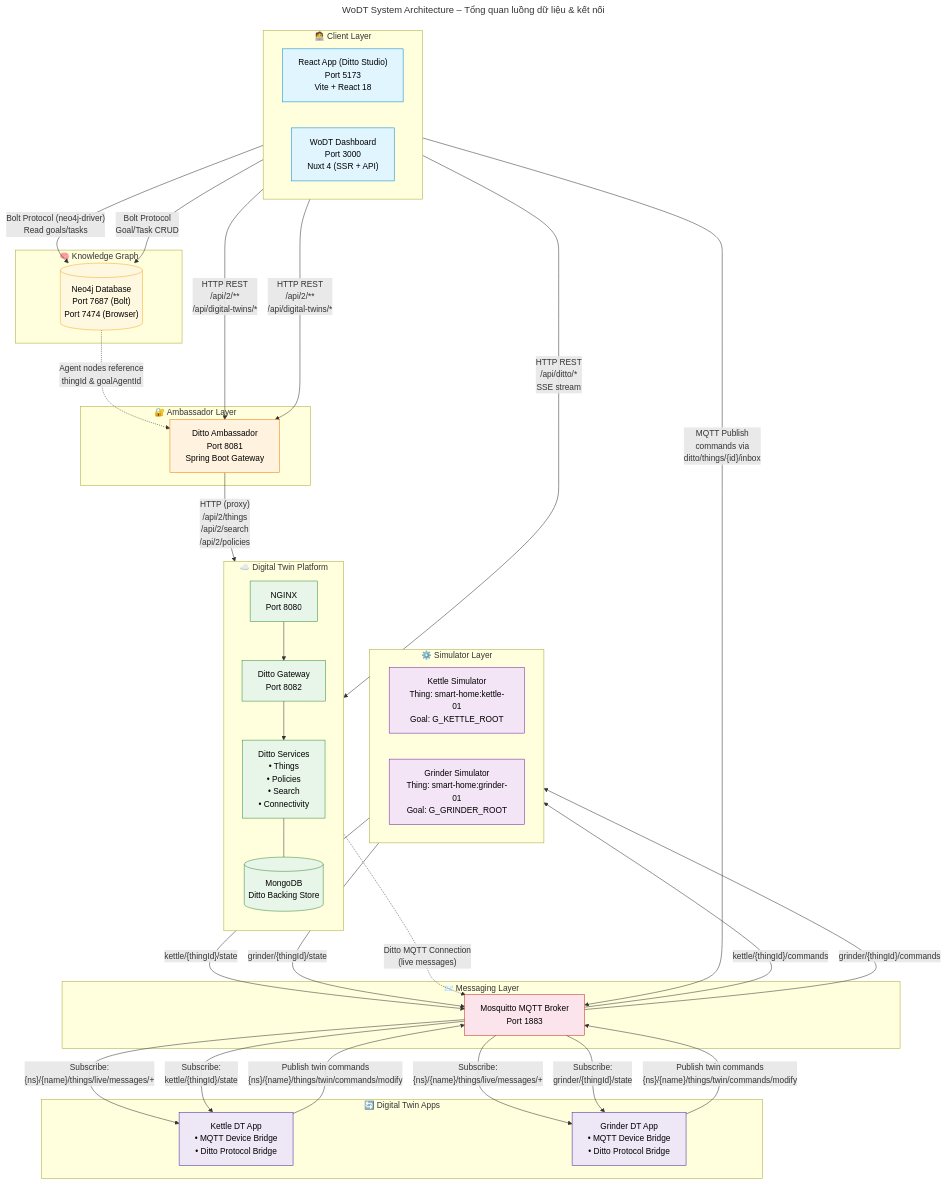
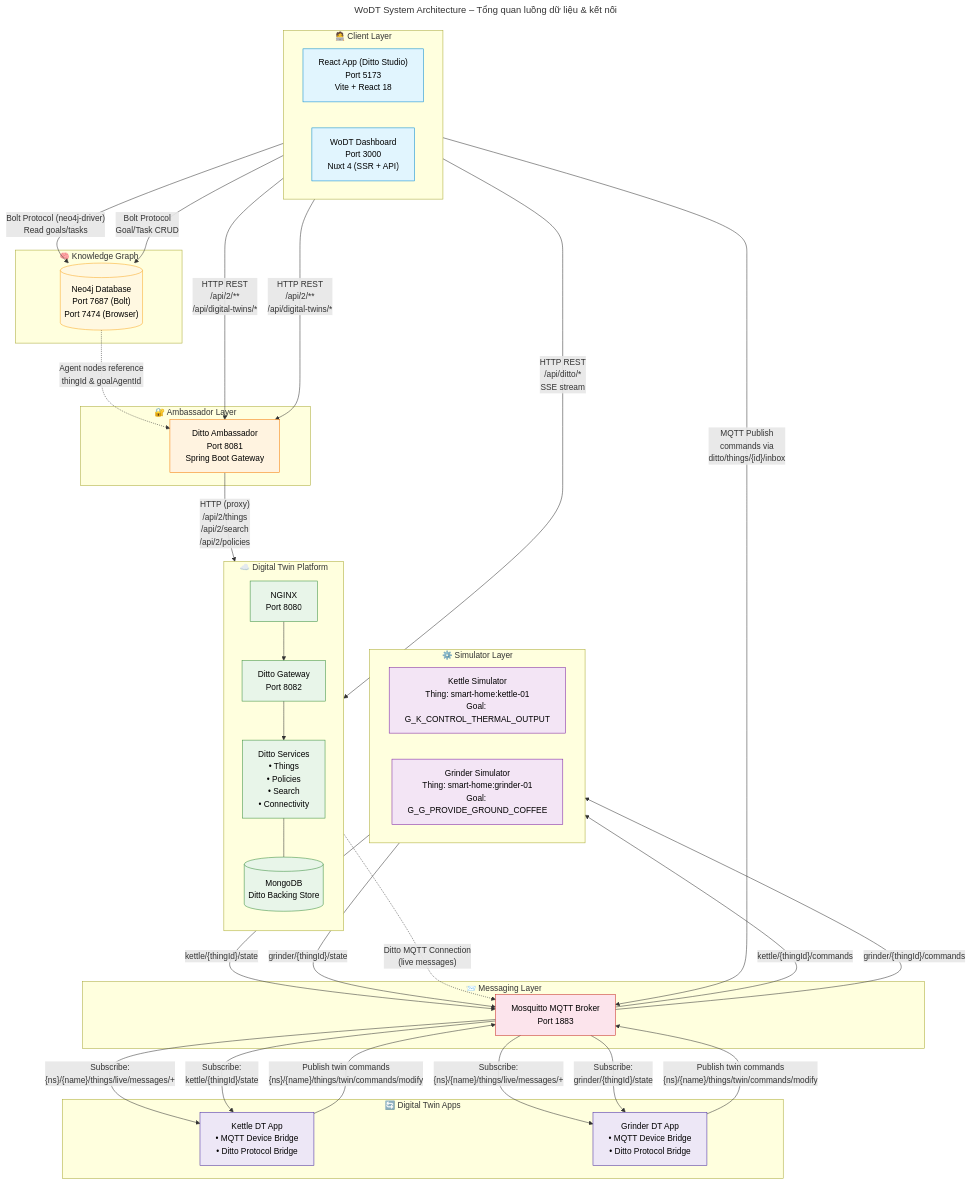
Before and after one commit to qbert0/WoDT-pattern: the diagram in docs/architecture-diagram.md, drawn with Mermaid. The commit also changed 3 other files, not shown here.

```diff
--- a/docs/architecture-diagram.md
+++ b/docs/architecture-diagram.md
@@ -31,8 +31,8 @@
 
     subgraph Simulators ["⚙️ Simulator Layer"]
         direction LR
-        Kettle["Kettle Simulator\nThing: smart-home:kettle-01\nGoal: G_KETTLE_ROOT"]
-        Grinder["Grinder Simulator\nThing: smart-home:grinder-01\nGoal: G_GRINDER_ROOT"]
+        Kettle["Kettle Simulator\nThing: smart-home:kettle-01\nGoal: G_K_CONTROL_THERMAL_OUTPUT"]
+        Grinder["Grinder Simulator\nThing: smart-home:grinder-01\nGoal: G_G_PROVIDE_GROUND_COFFEE"]
     end
 
     subgraph Knowledge ["🧠 Knowledge Graph"]
```
